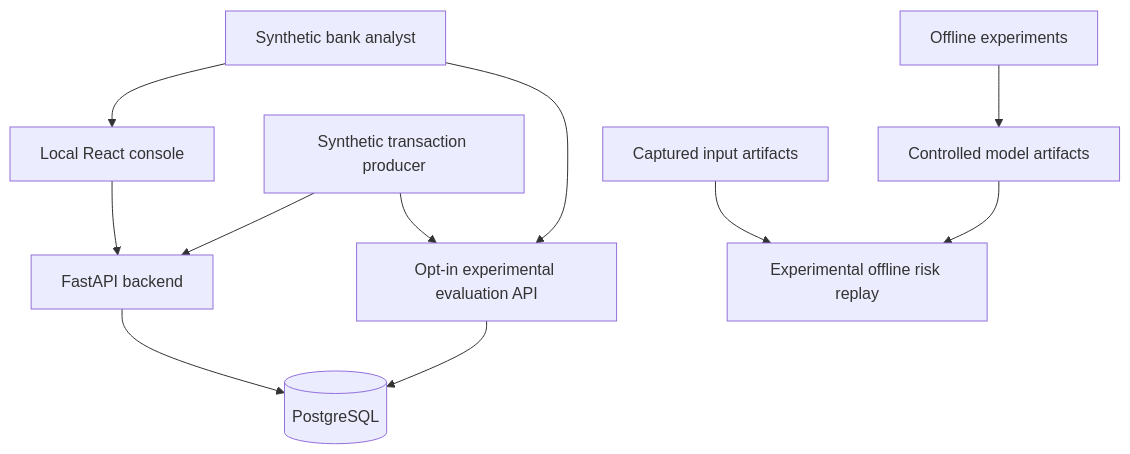
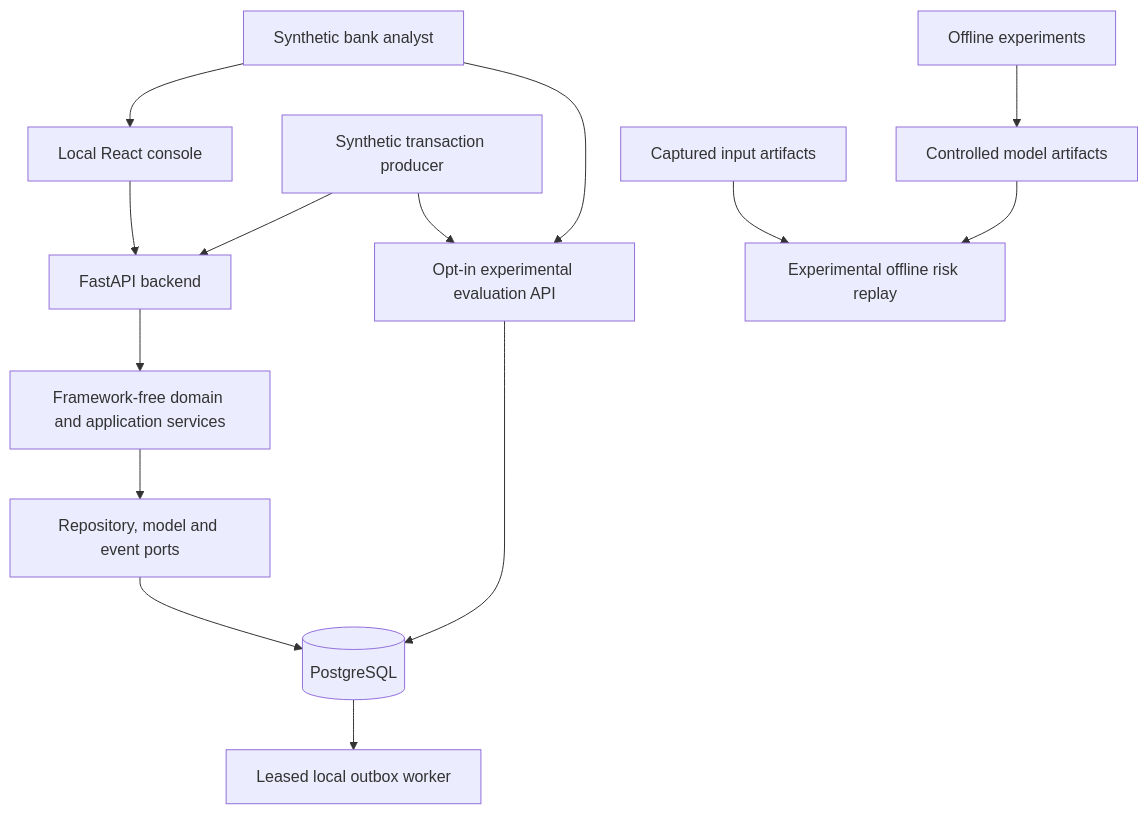
Before and after one commit to nuchaaa/FraudLens: the diagram in docs/architecture/README.md, drawn with Mermaid. The commit also changed other lines of this file and 8 other files, not shown here.

````diff
--- a/docs/architecture/README.md
+++ b/docs/architecture/README.md
@@ -5,13 +5,17 @@
 ```mermaid
 flowchart TB
   Analyst[Synthetic bank analyst] --> Web[Local React console]
   Service[Synthetic transaction producer] --> API[FastAPI backend]
   Web --> API
-  API --> DB[(PostgreSQL)]
+  API --> App[Framework-free domain and application services]
+  App --> Ports[Repository, model and event ports]
+  Ports --> DB
+  DB[(PostgreSQL)]
   Train[Offline experiments] --> Artifacts[Controlled model artifacts]
   Artifacts --> Replay[Experimental offline risk replay]
   Context[Captured input artifacts] --> Replay
   Service --> Eval[Opt-in experimental evaluation API]
   Analyst --> Eval
   Eval --> DB
+  DB --> Worker[Leased local outbox worker]
 ```
````
